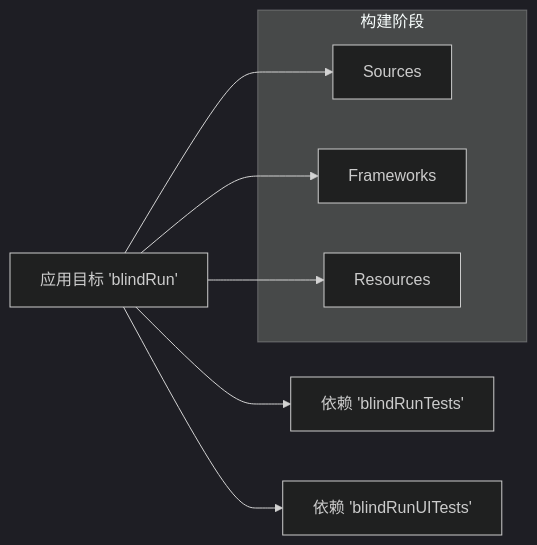
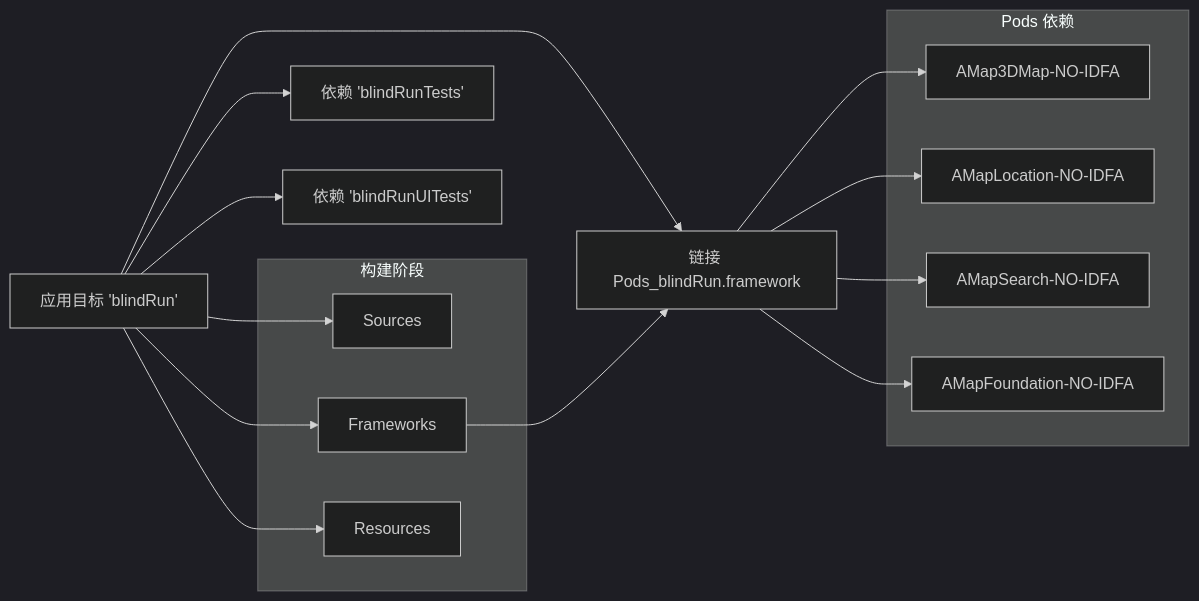
Before and after one commit to Jayden23018/blind-run-ios: the fourth of 4 diagrams in .qoder/repowiki/zh/content/配置与部署/构建配置.md, drawn with Mermaid (dark theme). The commit also changed other lines of this file and 55 other files, not shown here.

````diff
--- a/.qoder/repowiki/zh/content/配置与部署/构建配置.md
+++ b/.qoder/repowiki/zh/content/配置与部署/构建配置.md
@@ -196,13 +395,25 @@
 ```mermaid
 graph LR
 app["应用目标 'blindRun'"] --> dep_tests["依赖 'blindRunTests'"]
 app --> dep_uitests["依赖 'blindRunUITests'"]
+app --> pods_fw["链接 Pods_blindRun.framework"]
 subgraph "构建阶段"
 src["Sources"]
 fw["Frameworks"]
 res["Resources"]
 end
 app --> src
 app --> fw
 app --> res
+subgraph "Pods 依赖"
+amap3d["AMap3DMap-NO-IDFA"]
+amaploc["AMapLocation-NO-IDFA"]
+amapsearch["AMapSearch-NO-IDFA"]
+amapfoundation["AMapFoundation-NO-IDFA"]
+end
+fw --> pods_fw
+pods_fw --> amap3d
+pods_fw --> amaploc
+pods_fw --> amapsearch
+pods_fw --> amapfoundation
 ```
````
